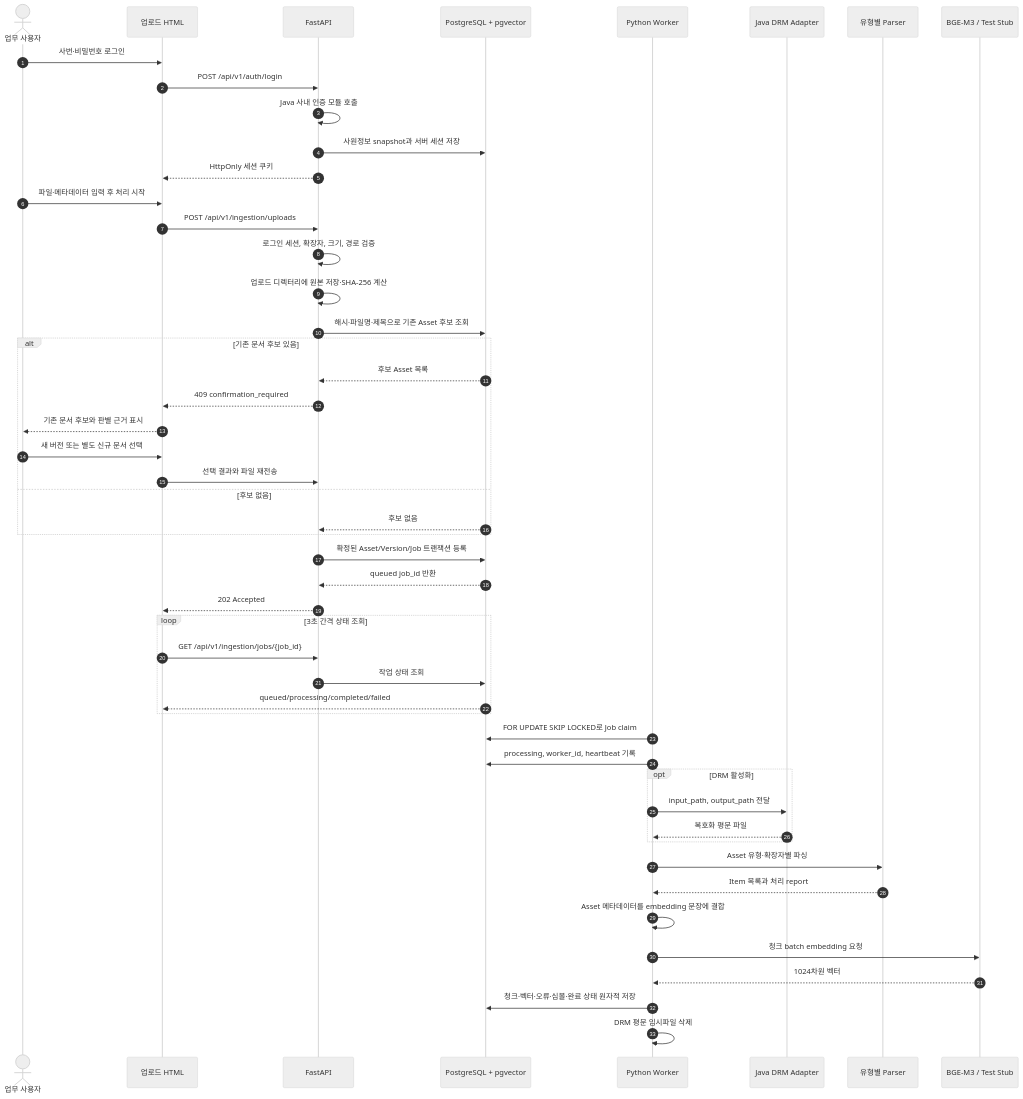
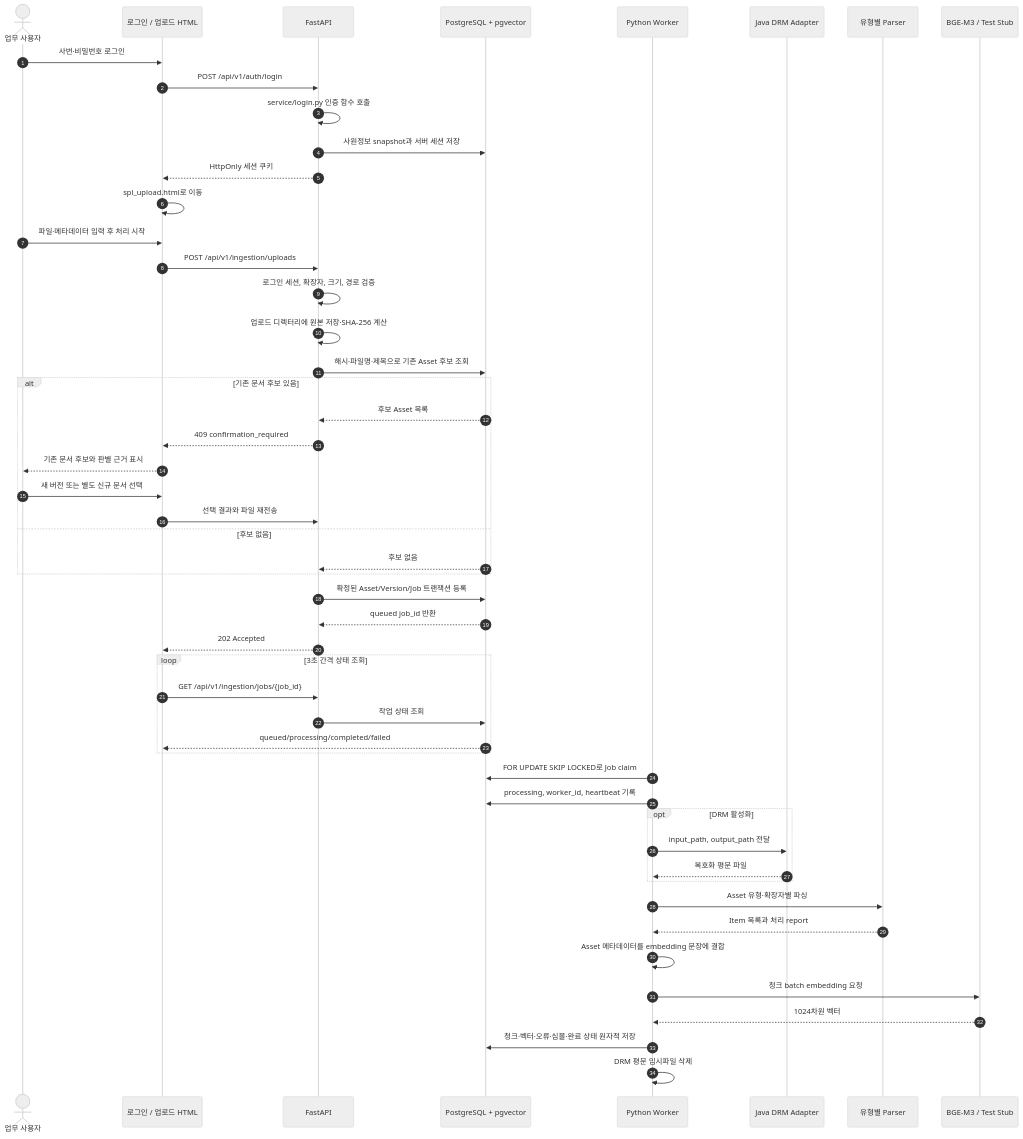
Before and after one commit to sngjng/ecm-rag: the first of 3 diagrams in SCREEN_API_WORKFLOW.md, drawn with Mermaid (neutral theme). The commit also changed other lines of this file and 29 other files, not shown here.

````diff
--- a/SCREEN_API_WORKFLOW.md
+++ b/SCREEN_API_WORKFLOW.md
@@ -25,55 +33,56 @@
 ```mermaid
 sequenceDiagram
     autonumber
     actor User as 업무 사용자
-    participant UI as 업로드 HTML
+    participant UI as 로그인 / 업로드 HTML
     participant API as FastAPI
     participant DB as PostgreSQL + pgvector
     participant Worker as Python Worker
     participant DRM as Java DRM Adapter
     participant Parser as 유형별 Parser
     participant Embed as BGE-M3 / Test Stub
 
     User->>UI: 사번·비밀번호 로그인
     UI->>API: POST /api/v1/auth/login
-    API->>API: Java 사내 인증 모듈 호출
+    API->>API: service/login.py 인증 함수 호출
     API->>DB: 사원정보 snapshot과 서버 세션 저장
     API-->>UI: HttpOnly 세션 쿠키
+    UI->>UI: spl_upload.html로 이동
     User->>UI: 파일·메타데이터 입력 후 처리 시작
     UI->>API: POST /api/v1/ingestion/uploads
     API->>API: 로그인 세션, 확장자, 크기, 경로 검증
     API->>API: 업로드 디렉터리에 원본 저장·SHA-256 계산
     API->>DB: 해시·파일명·제목으로 기존 Asset 후보 조회
     alt 기존 문서 후보 있음
         DB-->>API: 후보 Asset 목록
         API-->>UI: 409 confirmation_required
         UI-->>User: 기존 문서 후보와 판별 근거 표시
         User->>UI: 새 버전 또는 별도 신규 문서 선택
         UI->>API: 선택 결과와 파일 재전송
     else 후보 없음
         DB-->>API: 후보 없음
     end
     API->>DB: 확정된 Asset/Version/Job 트랜잭션 등록
     DB-->>API: queued job_id 반환
     API-->>UI: 202 Accepted
 
     loop 3초 간격 상태 조회
         UI->>API: GET /api/v1/ingestion/jobs/{job_id}
         API->>DB: 작업 상태 조회
         DB-->>UI: queued/processing/completed/failed
     end
 
     Worker->>DB: FOR UPDATE SKIP LOCKED로 Job claim
     Worker->>DB: processing, worker_id, heartbeat 기록
     opt DRM 활성화
         Worker->>DRM: input_path, output_path 전달
         DRM-->>Worker: 복호화 평문 파일
     end
     Worker->>Parser: Asset 유형·확장자별 파싱
     Parser-->>Worker: Item 목록과 처리 report
     Worker->>Worker: Asset 메타데이터를 embedding 문장에 결합
     Worker->>Embed: 청크 batch embedding 요청
     Embed-->>Worker: 1024차원 벡터
     Worker->>DB: 청크·벡터·오류·심볼·완료 상태 원자적 저장
     Worker->>Worker: DRM 평문 임시파일 삭제
 ```
````
